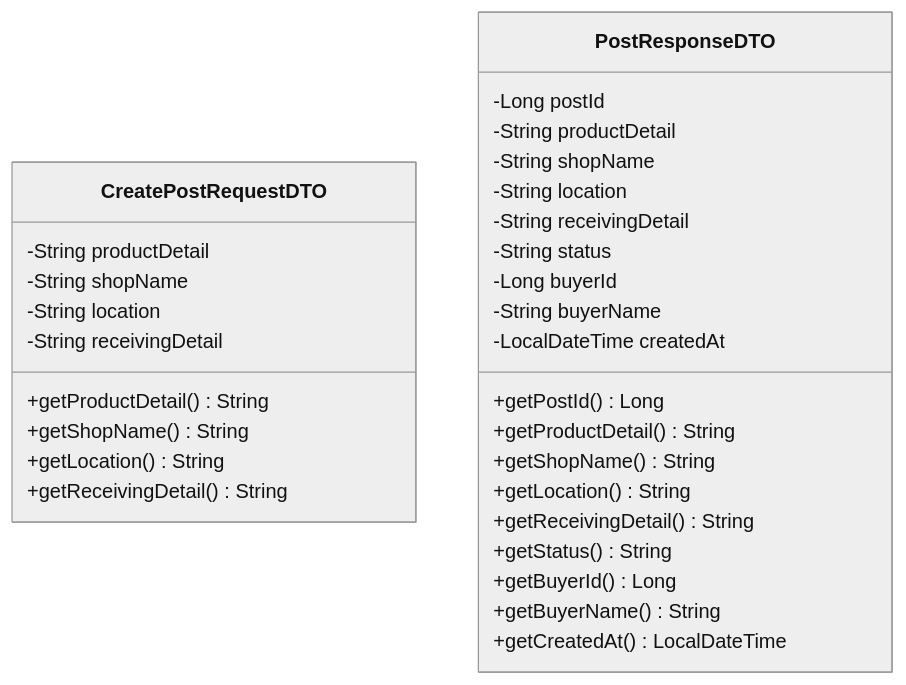
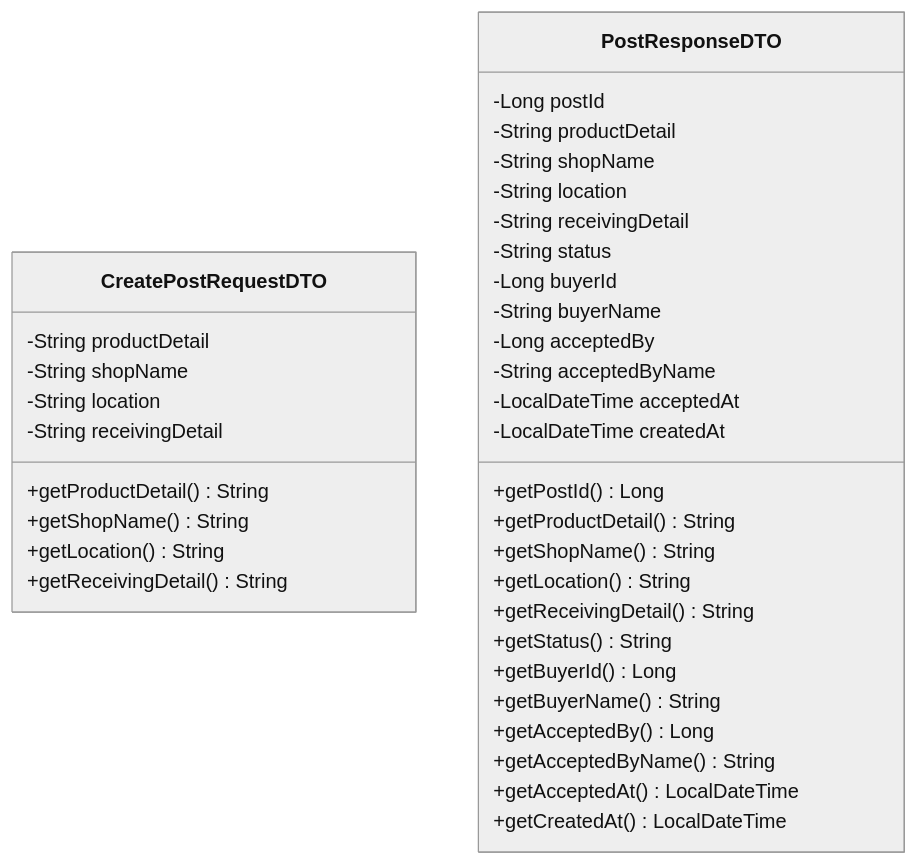
Before and after one commit to BlackyB0o/CS261_650001_group5: the second of 4 diagrams in docs/task-12/README.md, drawn with Mermaid (neutral theme). The commit also changed other lines of this file, not shown here.

````diff
--- a/docs/task-12/README.md
+++ b/docs/task-12/README.md
@@ -160,33 +203,39 @@
 ```mermaid
 classDiagram
     class CreatePostRequestDTO {
         -String productDetail
         -String shopName
         -String location
         -String receivingDetail
         +getProductDetail() String
         +getShopName() String
         +getLocation() String
         +getReceivingDetail() String
     }
     class PostResponseDTO {
         -Long postId
         -String productDetail
         -String shopName
         -String location
         -String receivingDetail
         -String status
         -Long buyerId
         -String buyerName
+        -Long acceptedBy
+        -String acceptedByName
+        -LocalDateTime acceptedAt
         -LocalDateTime createdAt
         +getPostId() Long
         +getProductDetail() String
         +getShopName() String
         +getLocation() String
         +getReceivingDetail() String
         +getStatus() String
         +getBuyerId() Long
         +getBuyerName() String
+        +getAcceptedBy() Long
+        +getAcceptedByName() String
+        +getAcceptedAt() LocalDateTime
         +getCreatedAt() LocalDateTime
     }
 ```
````
